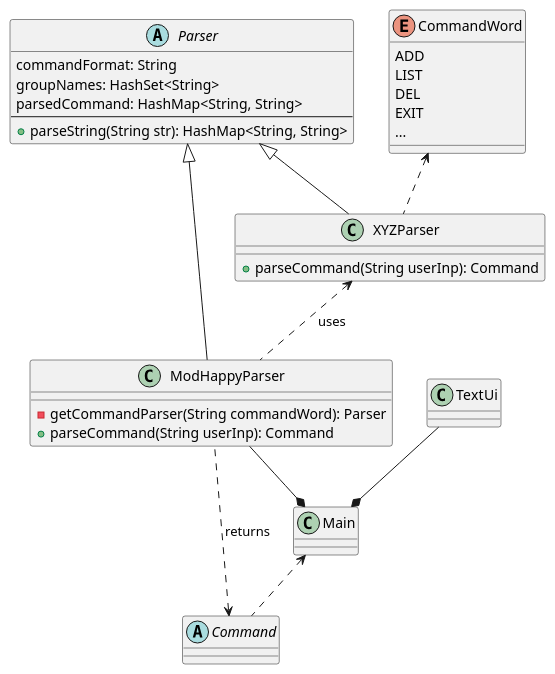
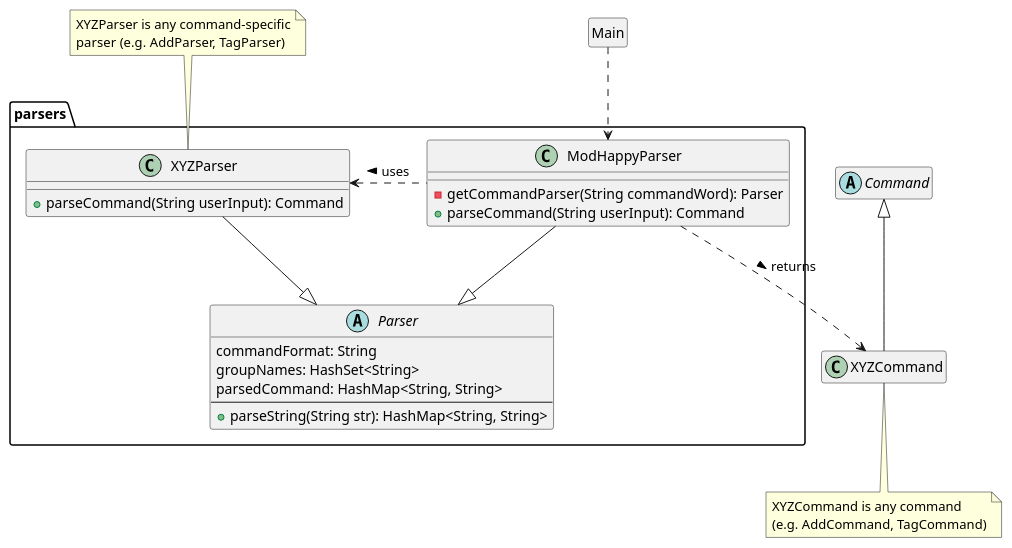
Before and after one commit to nus-cs2113-AY2122S2/tp: the diagram in docs/Parser.puml, drawn with PlantUML. The commit also changed 6 other files, not shown here.

Commit message:
Add data component section and associated UML diagrams

```diff
--- a/docs/Parser.puml
+++ b/docs/Parser.puml
@@ -1,37 +1,53 @@
 @startuml
-abstract class Parser {
-    commandFormat: String
-    groupNames: HashSet<String>
-    parsedCommand: HashMap<String, String>
-    --
-    + parseString(String str): HashMap<String, String>
+
+package parsers {
+    abstract class Parser {
+        commandFormat: String
+        groupNames: HashSet<String>
+        parsedCommand: HashMap<String, String>
+        --
+        + parseString(String str): HashMap<String, String>
+    }
+
+    class XYZParser {
+        + parseCommand(String userInput): Command
+    }
+
+    class ModHappyParser {
+        - getCommandParser(String commandWord): Parser
+        + parseCommand(String userInput): Command
+    }
 }
 
-class XYZParser {
-    + parseCommand(String userInp): Command
-}
+note top of XYZParser
+    XYZParser is any command-specific
+    parser (e.g. AddParser, TagParser)
+end note
+
+Parser <|-u- ModHappyParser
+XYZParser <. ModHappyParser: uses <
+ModHappyParser <.u. Main
+
+hide Main circle
+hide Main methods
+hide Main attributes
 
 Parser <|-- XYZParser
 
-enum CommandWord {
-  ADD
-  LIST
-  DEL
-  EXIT
-  ...
-}
-CommandWord <..XYZParser
-class ModHappyParser {
-    - getCommandParser(String commandWord): Parser
-    + parseCommand(String userInp): Command
-}
-Parser <|-- ModHappyParser
-XYZParser <.. ModHappyParser: uses
-ModHappyParser --* Main
 abstract class Command {
 }
+hide Command methods
+hide Command attributes
 
-Command <.. ModHappyParser: returns
-Main <.. Command
-TextUi --* Main
+XYZCommand <.u. ModHappyParser: returns <
+Command <|-- XYZCommand
+
+hide XYZCommand methods
+hide XYZCommand attributes
+
+note bottom of XYZCommand
+    XYZCommand is any command
+    (e.g. AddCommand, TagCommand)
+end note
+
 @enduml
```
